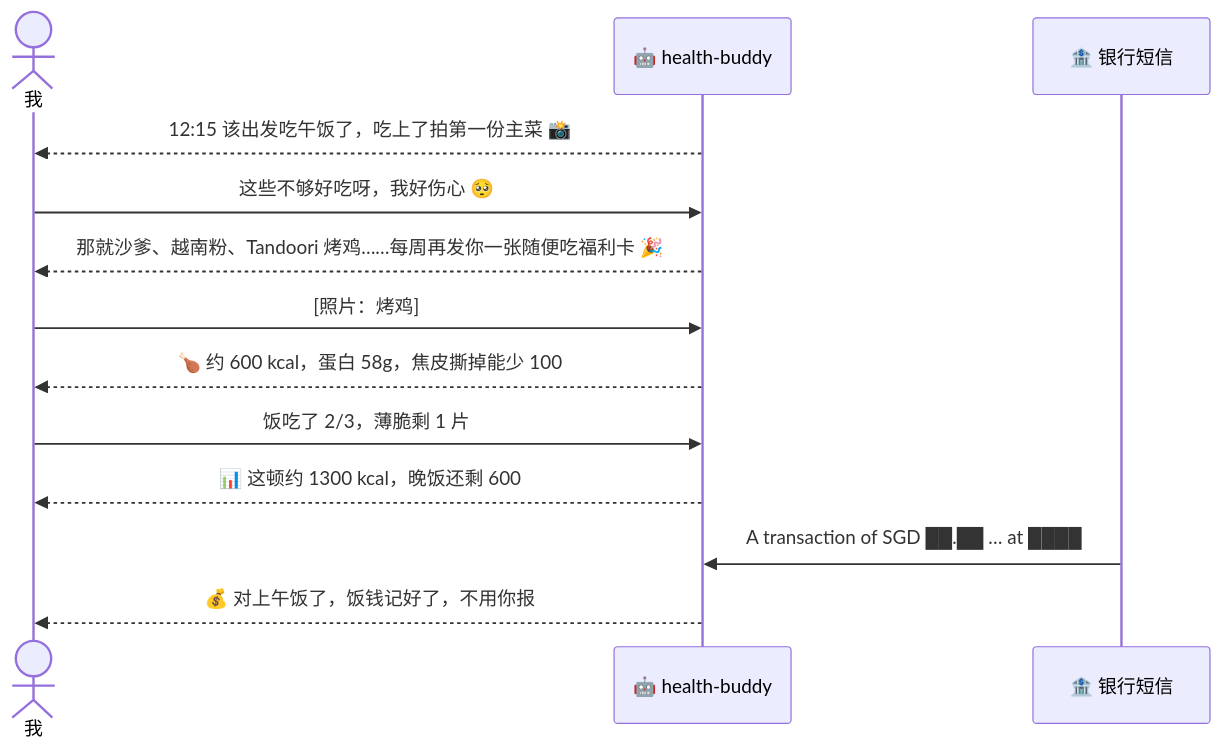
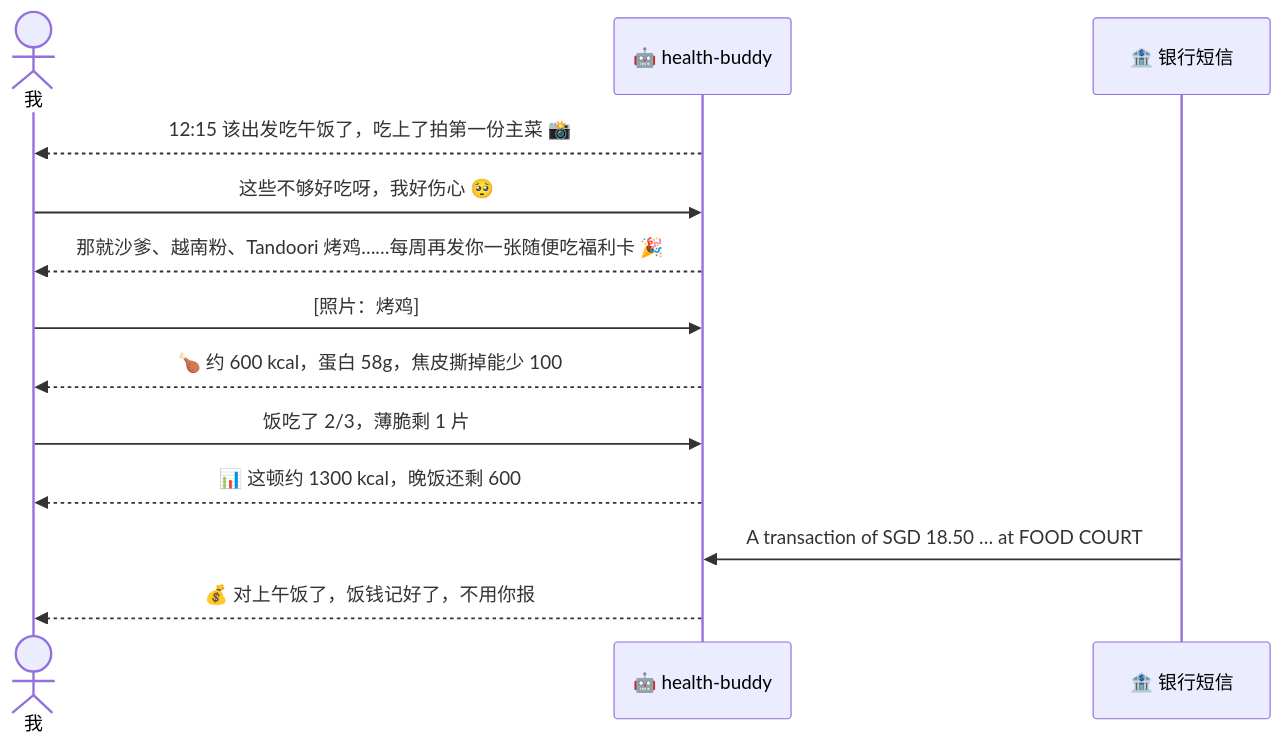
One commit to JamesNolan17/health-buddy changed the second of 7 diagrams in README.md. Above: the diagram before and after it, drawn with Mermaid. The commit also changed other lines of this file and 6 other files, not shown here.

````diff
--- a/README.md
+++ b/README.md
@@ -188,15 +188,15 @@
 ```mermaid
 sequenceDiagram
     actor U as 我
     participant H as 🤖 health-buddy
     participant B as 🏦 银行短信
     H-->>U: 12:15 该出发吃午饭了，吃上了拍第一份主菜 📸
     U->>H: 这些不够好吃呀，我好伤心 🥺
     H-->>U: 那就沙爹、越南粉、Tandoori 烤鸡……每周再发你一张随便吃福利卡 🎉
     U->>H: [照片：烤鸡]
     H-->>U: 🍗 约 600 kcal，蛋白 58g，焦皮撕掉能少 100
     U->>H: 饭吃了 2/3，薄脆剩 1 片
     H-->>U: 📊 这顿约 1300 kcal，晚饭还剩 600
-    B->>H: A transaction of SGD ██.██ … at ████
+    B->>H: A transaction of SGD 18.50 … at FOOD COURT
     H-->>U: 💰 对上午饭了，饭钱记好了，不用你报
 ```
````
